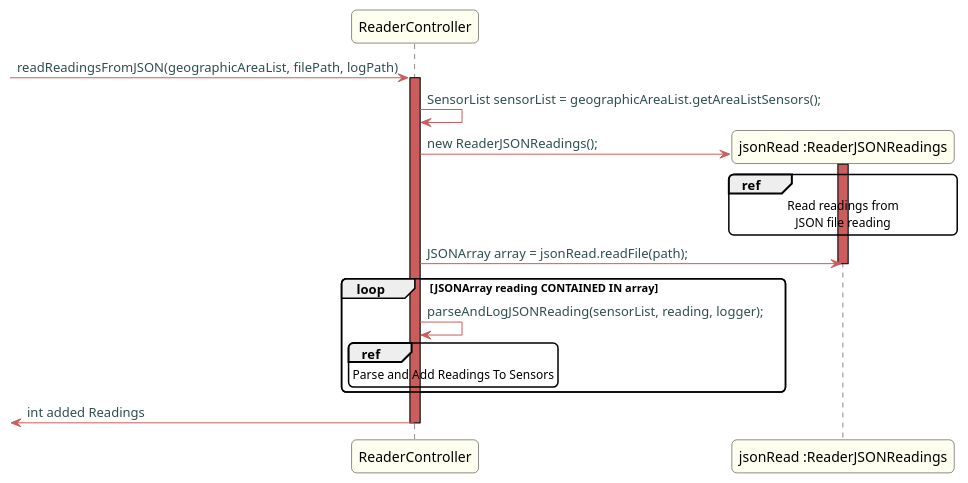
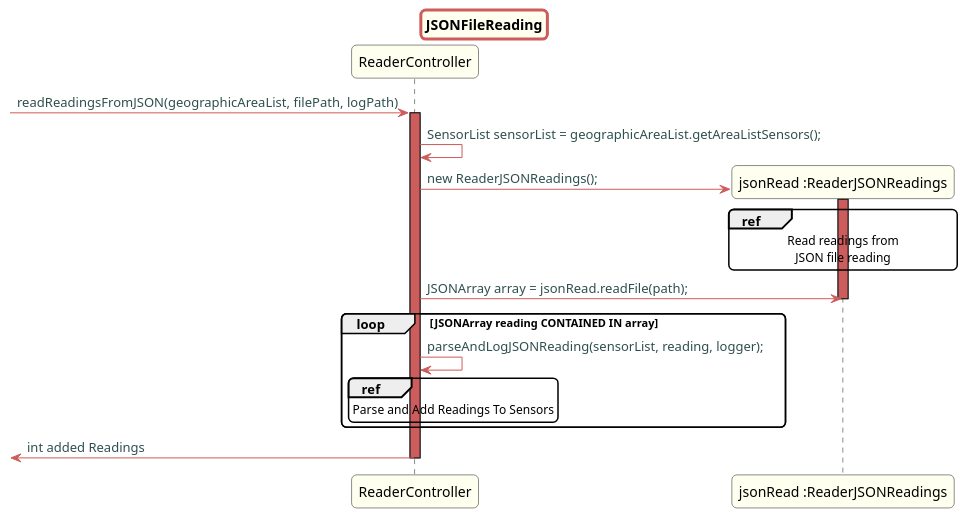
Before and after one commit to Almadanmp/project: the diagram in src/doc/Controllers/HouseConfiguration/US20v2/JSON/JSONFileReading.puml, drawn with PlantUML. The commit also changed 16 other files, not shown here.

```diff
--- a/src/doc/Controllers/HouseConfiguration/US20v2/JSON/JSONFileReading.puml
+++ b/src/doc/Controllers/HouseConfiguration/US20v2/JSON/JSONFileReading.puml
@@ -1,56 +1,56 @@
 @startuml
 
 skinparam titleBorderRoundCorner 10
 skinparam titleBorderThickness 3
 skinparam titleBorderColor indianred
 skinparam titleBackgroundColor ivory
 skinparam FontName quicksand
 
 skinparam actor {
   BorderColor indianred
   }
 
 skinparam sequence {
   LifeLineBackgroundColor indianred
   ParticipantBackgroundColor ivory
 }
 
 skinparam roundcorner 10
 
 skinparam component {
   arrowThickness 1
   ArrowFontName Verdana
   ArrowColor indianred
   ArrowFontColor darkslategrey
 }
 
 
 
-
+title JSONFileReading
 -> ReaderController: readReadingsFromJSON(geographicAreaList, filePath, logPath)
 activate ReaderController
 
 ReaderController -> ReaderController: SensorList sensorList = geographicAreaList.getAreaListSensors();
 create "jsonRead :ReaderJSONReadings"
 ReaderController -> "jsonRead :ReaderJSONReadings": new ReaderJSONReadings();
 activate "jsonRead :ReaderJSONReadings"
 ref over "jsonRead :ReaderJSONReadings"
 Read readings from
 JSON file reading
 end ref
 ReaderController -> "jsonRead :ReaderJSONReadings": JSONArray array = jsonRead.readFile(path);
 
 deactivate "jsonRead :ReaderJSONReadings"
 
 loop  JSONArray reading CONTAINED IN array
 ReaderController -> ReaderController: parseAndLogJSONReading(sensorList, reading, logger);
 ref over ReaderController
 Parse and Add Readings To Sensors
 end ref
 
 end
 
 <- ReaderController: int added Readings
 deactivate "ReaderController"
 
 @enduml
```
